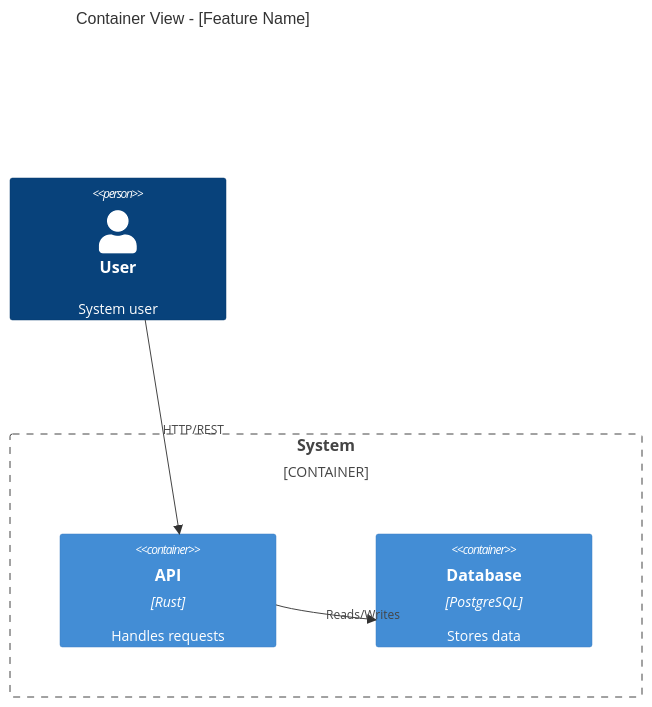
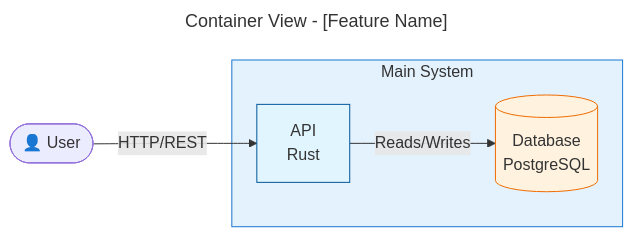
The third of 8 diagrams in work-package/resources/19-architecture-summary.md (m2ux/workflow-server), drawn with Mermaid before and after one commit. The commit also changed other lines of this file and 9 other files, not shown here.

First line of the commit message:
feat(workflows): add architecture summary and refactor activities

````diff
--- a/work-package/resources/19-architecture-summary.md
+++ b/work-package/resources/19-architecture-summary.md
@@ -90,14 +160,19 @@
 ```mermaid
-C4Container
-    title Container View - [Feature Name]
+---
+title: Container View - [Feature Name]
+---
+flowchart LR
+    User([👤 User])
     
-    Person(user, "User", "System user")
+    subgraph System [Main System]
+        API[API<br/>Rust]
+        DB[(Database<br/>PostgreSQL)]
+    end
     
-    Container_Boundary(system, "System") {
-        Container(api, "API", "Rust", "Handles requests")
-        Container(db, "Database", "PostgreSQL", "Stores data")
-    }
+    User -->|HTTP/REST| API
+    API -->|Reads/Writes| DB
     
-    Rel(user, api, "HTTP/REST")
-    Rel(api, db, "Reads/Writes")
+    style System fill:#e3f2fd,stroke:#1976d2
+    style API fill:#e1f5fe,stroke:#01579b
+    style DB fill:#fff3e0,stroke:#ef6c00
 ```
````
